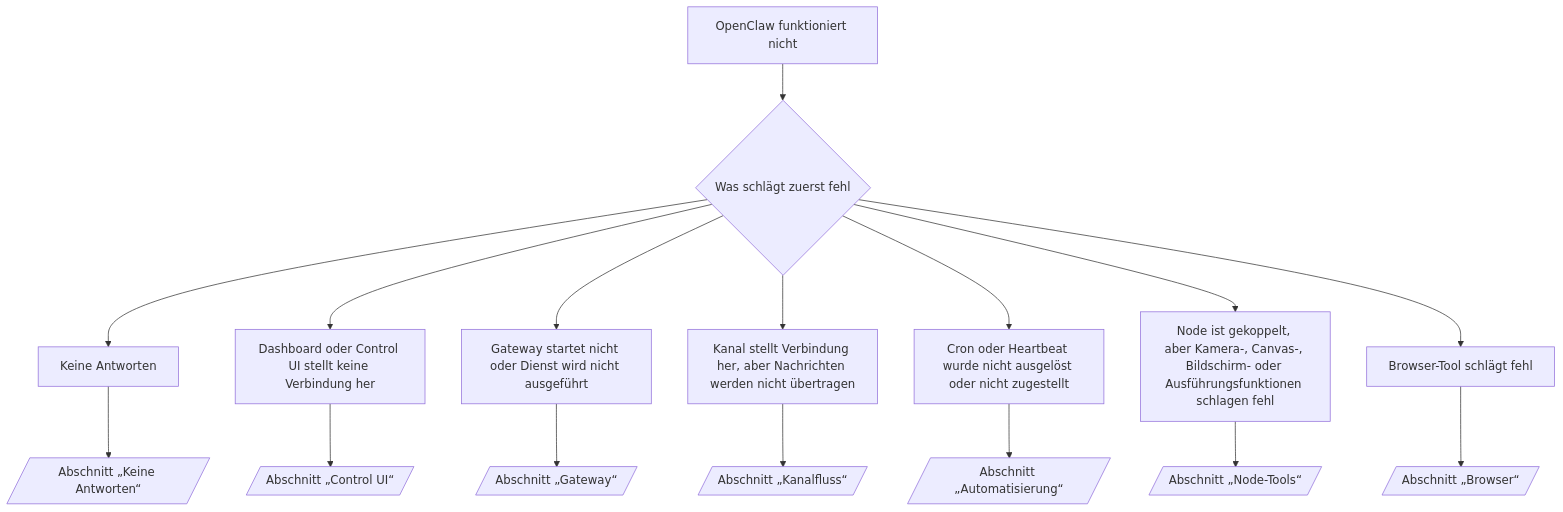
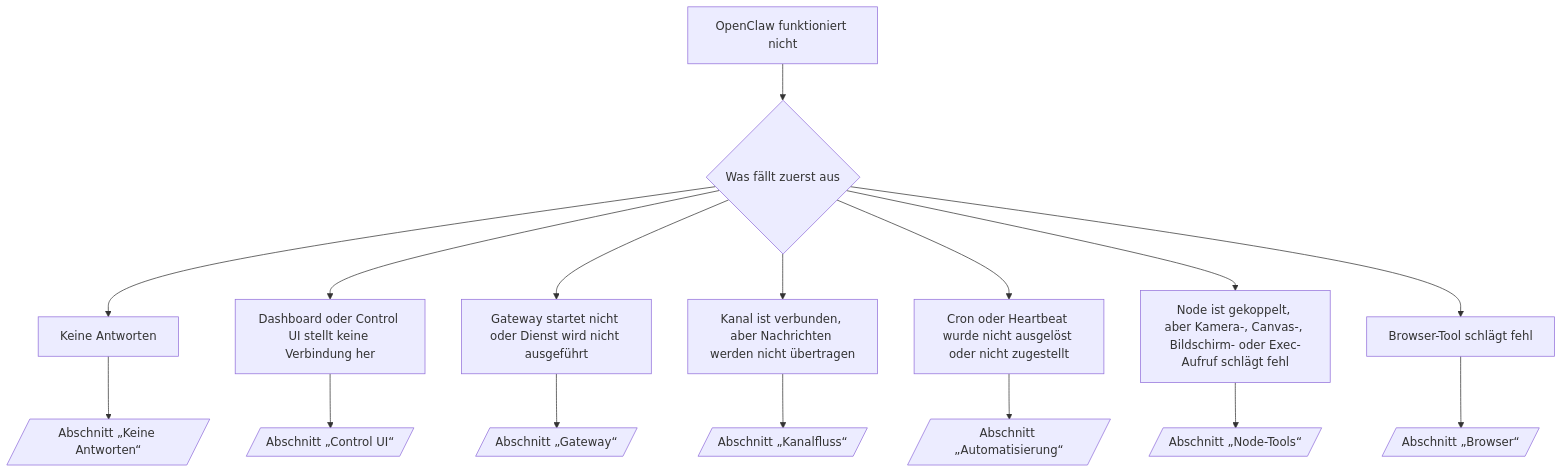
One commit to is0383kk/ai-docs-sync-workflow changed the diagram in openclaw-docs/de/help/troubleshooting.md. Above: the diagram before and after it, drawn with Mermaid. The commit also changed other lines of this file and 11096 other files, not shown here.

````diff
--- a/openclaw-docs/de/help/troubleshooting.md
+++ b/openclaw-docs/de/help/troubleshooting.md
@@ -191,19 +193,19 @@
 ```mermaid
 flowchart TD
-  A[OpenClaw funktioniert nicht] --> B{Was schlägt zuerst fehl}
+  A[OpenClaw funktioniert nicht] --> B{Was fällt zuerst aus}
   B --> C[Keine Antworten]
   B --> D[Dashboard oder Control UI stellt keine Verbindung her]
   B --> E[Gateway startet nicht oder Dienst wird nicht ausgeführt]
-  B --> F[Kanal stellt Verbindung her, aber Nachrichten werden nicht übertragen]
+  B --> F[Kanal ist verbunden, aber Nachrichten werden nicht übertragen]
   B --> G[Cron oder Heartbeat wurde nicht ausgelöst oder nicht zugestellt]
-  B --> H[Node ist gekoppelt, aber Kamera-, Canvas-, Bildschirm- oder Ausführungsfunktionen schlagen fehl]
+  B --> H[Node ist gekoppelt, aber Kamera-, Canvas-, Bildschirm- oder Exec-Aufruf schlägt fehl]
   B --> I[Browser-Tool schlägt fehl]
 
   C --> C1[/Abschnitt „Keine Antworten“/]
   D --> D1[/Abschnitt „Control UI“/]
   E --> E1[/Abschnitt „Gateway“/]
   F --> F1[/Abschnitt „Kanalfluss“/]
   G --> G1[/Abschnitt „Automatisierung“/]
   H --> H1[/Abschnitt „Node-Tools“/]
   I --> I1[/Abschnitt „Browser“/]
 ```
````
